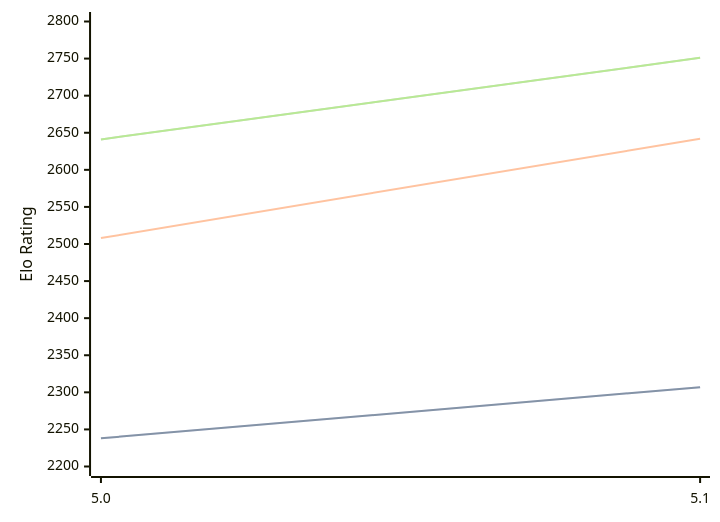
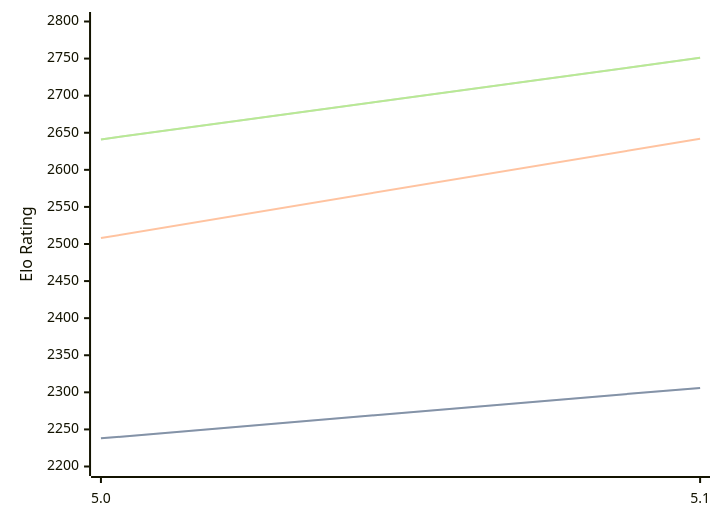
Before and after one commit to computer-chess-index/cci: the diagram in engines/Dorky.md, drawn with Mermaid. The commit also changed other lines of this file, not shown here.

````diff
--- a/engines/Dorky.md
+++ b/engines/Dorky.md
@@ -32,11 +32,11 @@
 ```mermaid
 %%{init: {"theme":"base","themeVariables":{"seriesColors:['#a3a3a3','#222221','#faa371']}}}%%
 xychart-beta
   x-axis ["5.0", "5.1"]
   y-axis "Elo Rating" 2200 --> 2800
-  line "" [2238, 2307]
-  line "STC (8.0+0.08s)" [2238, 2307]
+  line "" [2238, 2306]
+  line "STC (8.0+0.08s)" [2238, 2306]
   line "LTC (60.0+0.60s)" [2508, 2642]
   line "" [2641, 2751]
   line "VLTC (2m24s+1.12s)" [2641, 2751]
 ```
````
